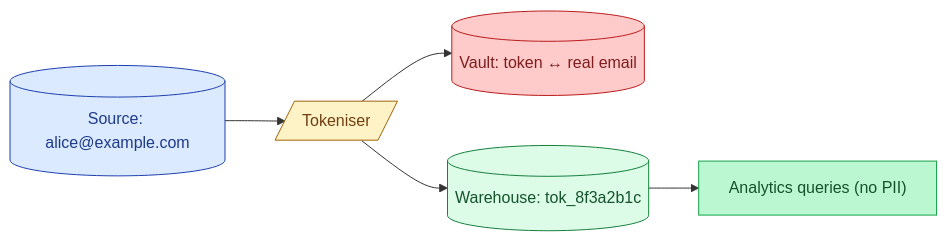
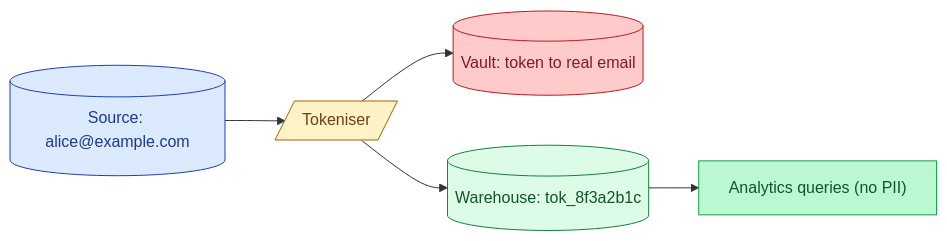
The first of 4 diagrams in _de_concepts/063-pii-tokenisation.md (shiningflash/shiningflash.github.io), drawn with Mermaid before and after one commit. The commit also changed other lines of this file and 69 other files, not shown here.

````diff
--- a/_de_concepts/063-pii-tokenisation.md
+++ b/_de_concepts/063-pii-tokenisation.md
@@ -12,13 +12,13 @@
 ```mermaid
 flowchart LR
     Src[("Source: alice@example.com")]:::a --> Tok[/"Tokeniser"/]:::t
-    Tok --> Vault[("Vault: token ↔ real email")]:::v
+    Tok --> Vault[("Vault: token to real email")]:::v
     Tok --> WH[("Warehouse: tok_8f3a2b1c")]:::g
     WH --> Q["Analytics queries (no PII)"]:::ok
 
     classDef a fill:#dbeafe,stroke:#1e40af,color:#1e3a8a
     classDef t fill:#fef3c7,stroke:#a16207,color:#713f12
     classDef v fill:#fecaca,stroke:#b91c1c,color:#7f1d1d
     classDef g fill:#dcfce7,stroke:#15803d,color:#14532d
     classDef ok fill:#bbf7d0,stroke:#16a34a,color:#14532d
 ```
````
